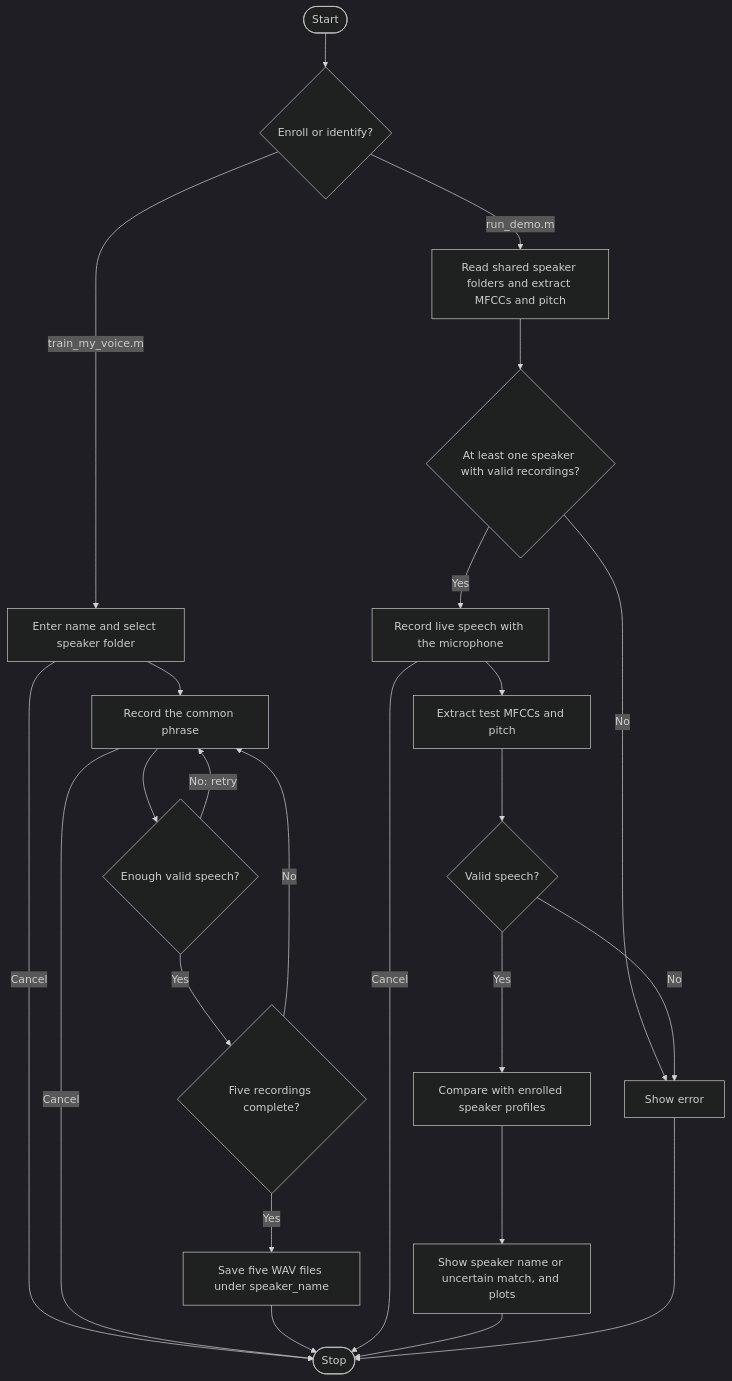
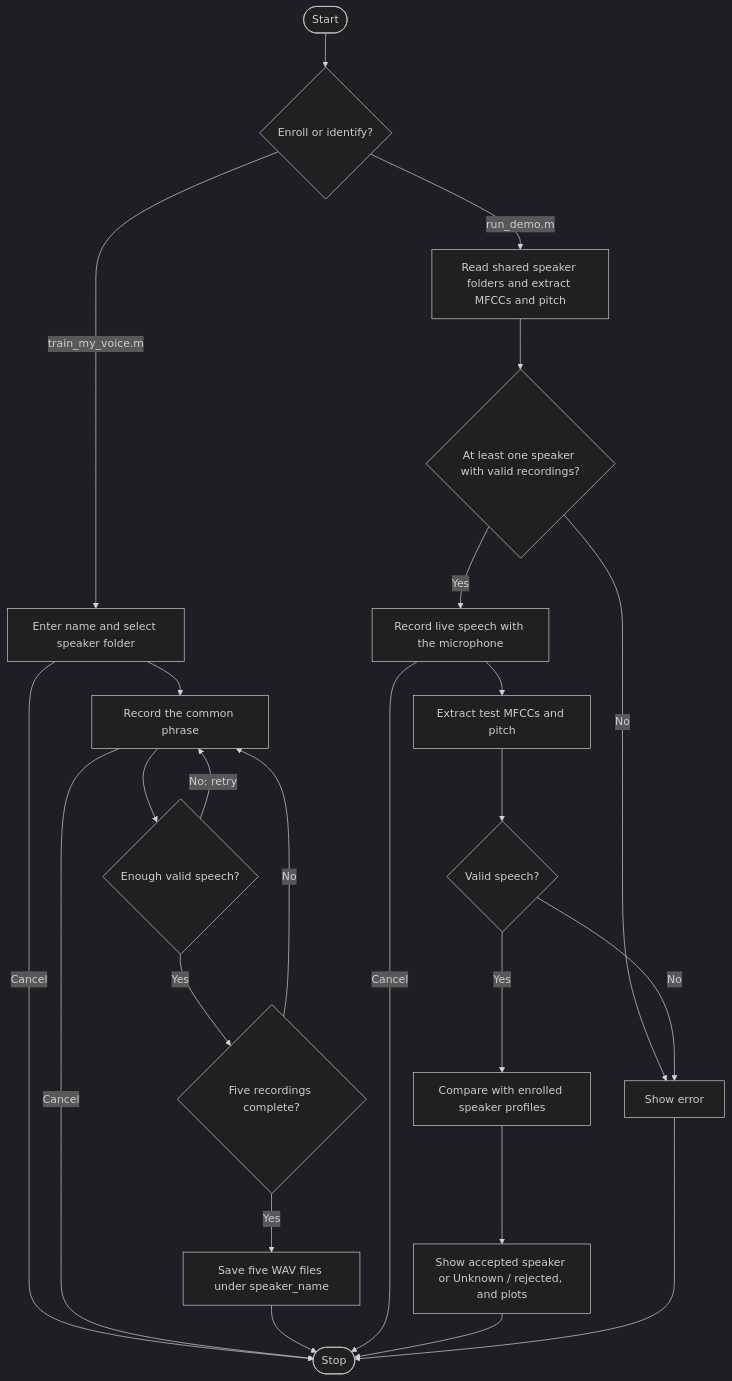
One commit to sarveshnimbalkar/VOICE-RECOGNITION-SNS changed the diagram in readme.md. Above: the diagram before and after it, drawn with Mermaid (dark theme). The commit also changed other lines of this file and 1 other file, not shown here.

````diff
--- a/readme.md
+++ b/readme.md
@@ -7,26 +7,26 @@
 ```mermaid
 flowchart TD
     startNode(["Start"]) --> mode{"Enroll or identify?"}
     mode -->|"train_my_voice.m"| nameFolder["Enter name and select speaker folder"]
     nameFolder --> recordAudio["Record the common phrase"]
     nameFolder -->|"Cancel"| stopNode(["Stop"])
     recordAudio --> validSpeech{"Enough valid speech?"}
     recordAudio -->|"Cancel"| stopNode
     validSpeech -->|"No: retry"| recordAudio
     validSpeech -->|"Yes"| fiveSamples{"Five recordings complete?"}
     fiveSamples -->|"No"| recordAudio
     fiveSamples -->|"Yes"| saveAudio["Save five WAV files under speaker_name"]
     saveAudio --> stopNode
     mode -->|"run_demo.m"| loadAudio["Read shared speaker folders and extract MFCCs and pitch"]
     loadAudio --> ready{"At least one speaker with valid recordings?"}
     ready -->|"No"| showError["Show error"]
     ready -->|"Yes"| testAudio["Record live speech with the microphone"]
     testAudio -->|"Cancel"| stopNode
     testAudio --> extract["Extract test MFCCs and pitch"]
     extract --> validTest{"Valid speech?"}
     validTest -->|"No"| showError
     validTest -->|"Yes"| compare["Compare with enrolled speaker profiles"]
-    compare --> displayResult["Show speaker name or uncertain match, and plots"]
+    compare --> displayResult["Show accepted speaker or Unknown / rejected, and plots"]
     displayResult --> stopNode
     showError --> stopNode
 ```
````
